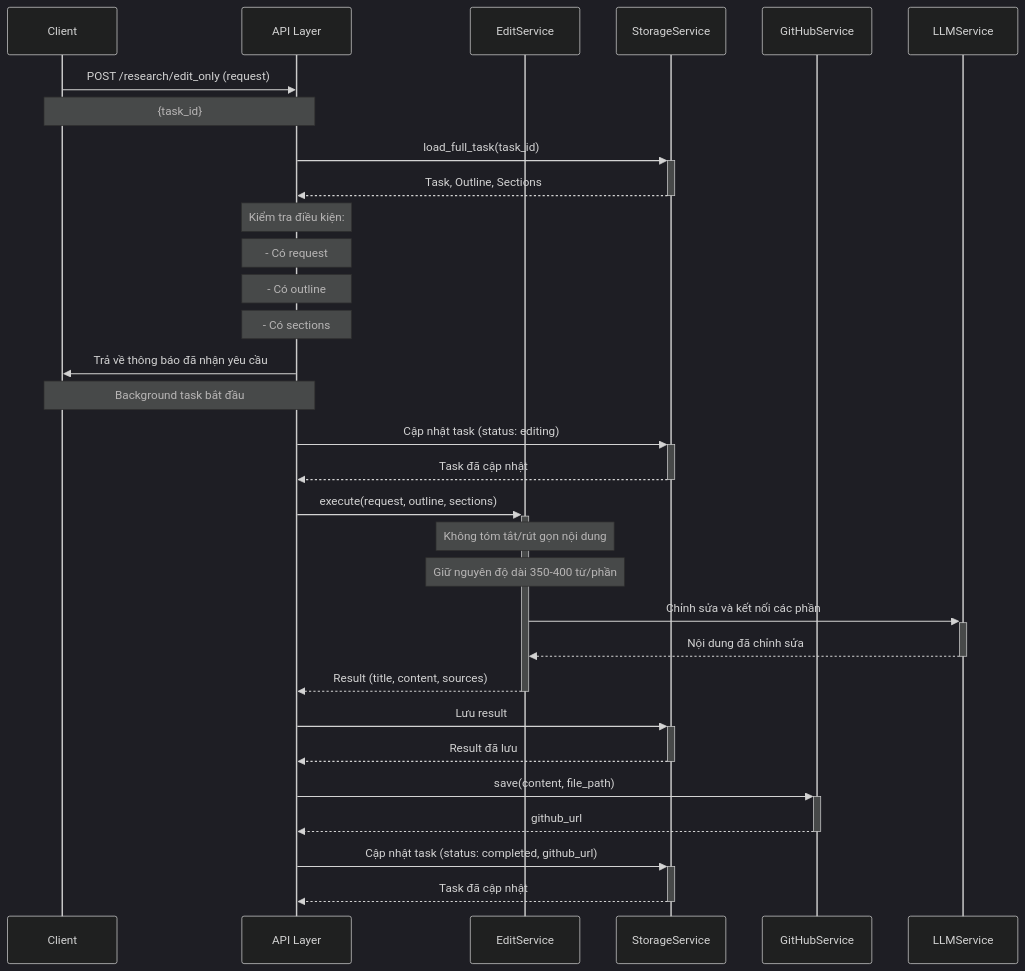
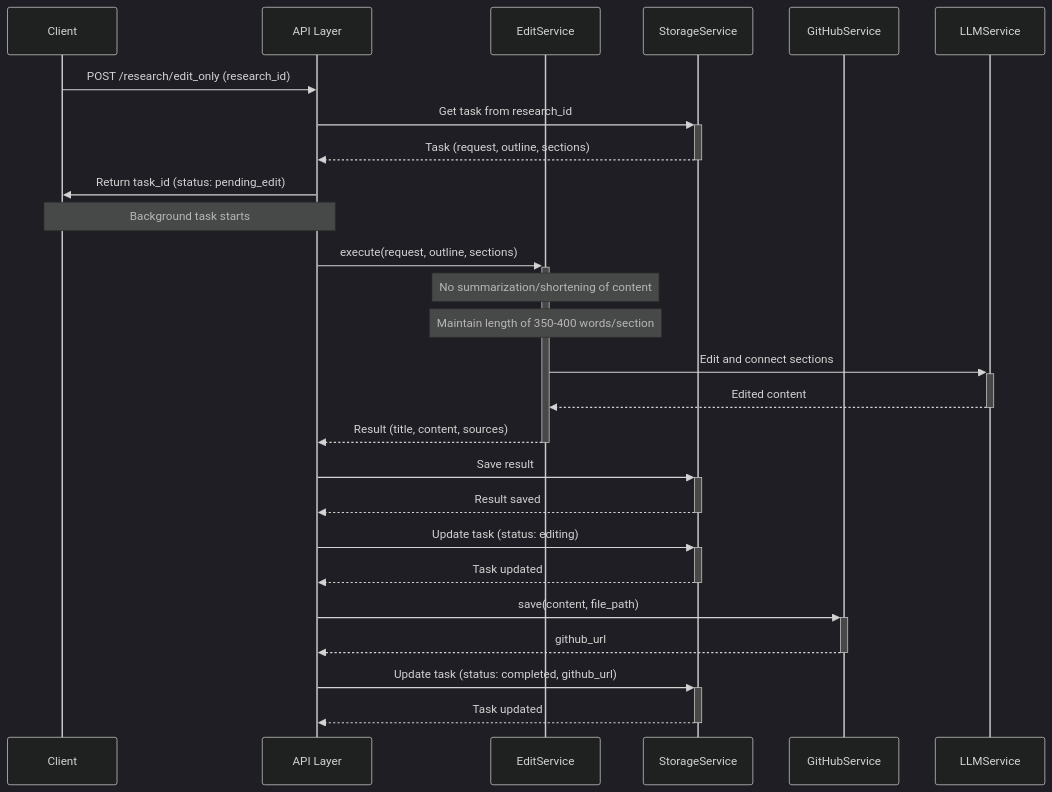
Before and after one commit to phuc-nt/deep-research-agent-python: the third of 3 diagrams in docs/api.md, drawn with Mermaid (dark theme). The commit also changed other lines of this file and 5 other files, not shown here.

````diff
--- a/docs/api.md
+++ b/docs/api.md
@@ -261,42 +261,36 @@
 ```mermaid
 sequenceDiagram
     participant Client
     participant API as API Layer
     participant EditService
     participant StorageService
     participant GitHubService
     participant LLMService
     
-    Client->>API: POST /research/edit_only (request)
-    Note over Client,API: {task_id}
+    Client->>API: POST /research/edit_only (research_id)
     
-    API->>+StorageService: load_full_task(task_id)
-    StorageService-->>-API: Task, Outline, Sections
+    API->>+StorageService: Get task from research_id
+    StorageService-->>-API: Task (request, outline, sections)
     
-    Note over API: Kiểm tra điều kiện:
-    Note over API: - Có request
-    Note over API: - Có outline
-    Note over API: - Có sections
-    
-    API->>Client: Trả về thông báo đã nhận yêu cầu
-    Note over API,Client: Background task bắt đầu
-    
-    API->>+StorageService: Cập nhật task (status: editing)
-    StorageService-->>-API: Task đã cập nhật
+    API->>Client: Return task_id (status: pending_edit)
+    Note over API,Client: Background task starts
     
     API->>+EditService: execute(request, outline, sections)
-    Note over EditService: Không tóm tắt/rút gọn nội dung
-    Note over EditService: Giữ nguyên độ dài 350-400 từ/phần
-    EditService->>+LLMService: Chỉnh sửa và kết nối các phần
-    LLMService-->>-EditService: Nội dung đã chỉnh sửa
+    Note over EditService: No summarization/shortening of content
+    Note over EditService: Maintain length of 350-400 words/section
+    EditService->>+LLMService: Edit and connect sections
+    LLMService-->>-EditService: Edited content
     EditService-->>-API: Result (title, content, sources)
     
-    API->>+StorageService: Lưu result
-    StorageService-->>-API: Result đã lưu
+    API->>+StorageService: Save result
+    StorageService-->>-API: Result saved
+    
+    API->>+StorageService: Update task (status: editing)
+    StorageService-->>-API: Task updated
     
     API->>+GitHubService: save(content, file_path)
     GitHubService-->>-API: github_url
     
-    API->>+StorageService: Cập nhật task (status: completed, github_url)
-    StorageService-->>-API: Task đã cập nhật
+    API->>+StorageService: Update task (status: completed, github_url)
+    StorageService-->>-API: Task updated
 ```
````
